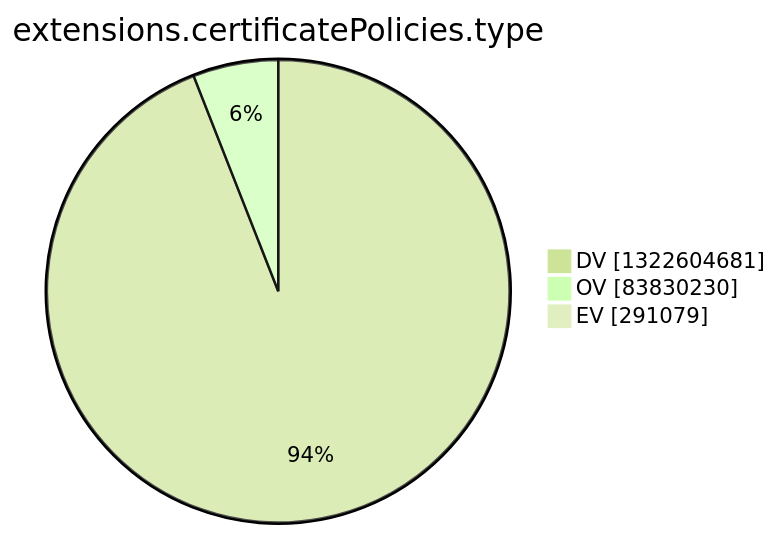
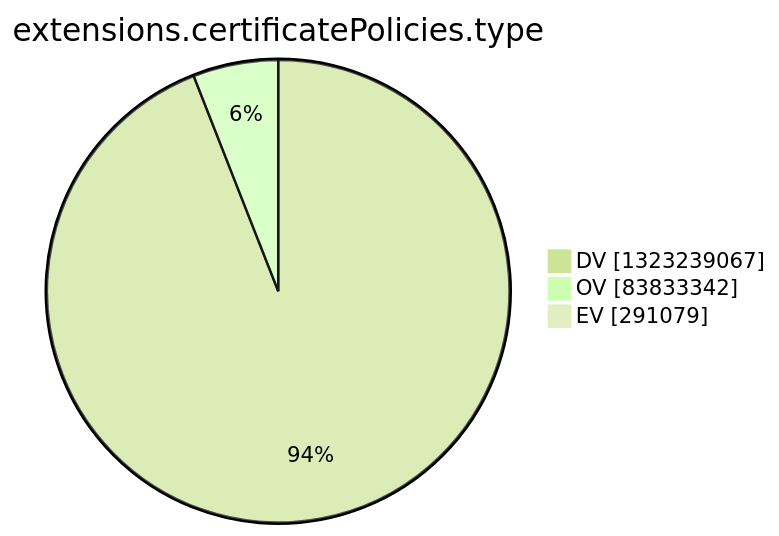
Before and after one commit to christiankrug/ctmonitor_visualization: the tenth of 15 diagrams in argon2022/README.md, drawn with Mermaid (forest theme). The commit also changed other lines of this file, not shown here.

````diff
--- a/argon2022/README.md
+++ b/argon2022/README.md
@@ -2772,7 +2772,7 @@
 ```mermaid
 pie showData
 title extensions.certificatePolicies.type
-"DV" :1322604681
-"OV" :83830230
+"DV" :1323239067
+"OV" :83833342
 "EV" :291079
 ```
````
